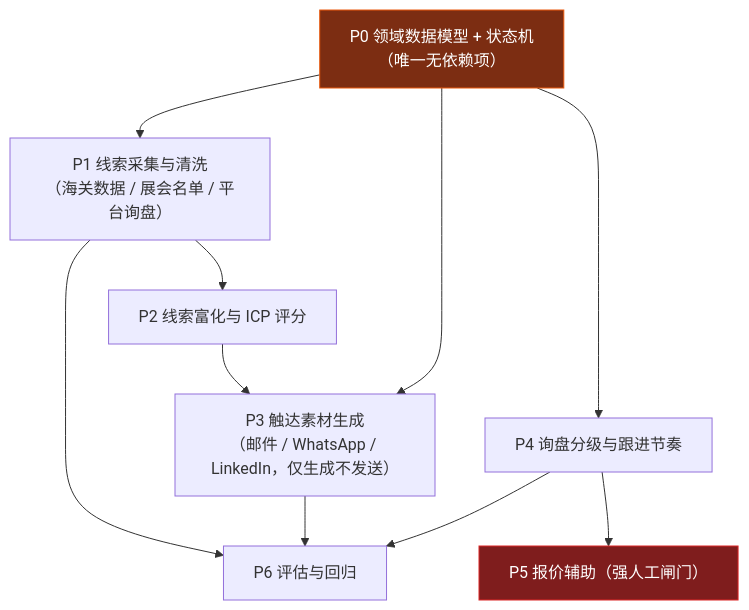
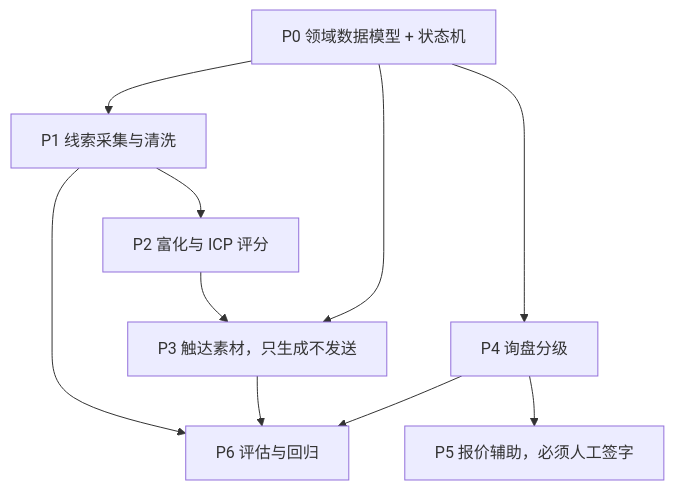
One commit to Michael522020/foreign-trade-agent changed the diagram in README.md. Above: the diagram before and after it, drawn with Mermaid. The commit also changed other lines of this file and 20 other files, not shown here.

````diff
--- a/README.md
+++ b/README.md
@@ -21,23 +32,19 @@
 ```mermaid
 graph TB
-    P0["P0 领域数据模型 + 状态机<br/>（唯一无依赖项）"]
-    P1["P1 线索采集与清洗<br/>（海关数据 / 展会名单 / 平台询盘）"]
-    P2["P2 线索富化与 ICP 评分"]
-    P3["P3 触达素材生成<br/>（邮件 / WhatsApp / LinkedIn，仅生成不发送）"]
-    P4["P4 询盘分级与跟进节奏"]
-    P5["P5 报价辅助（强人工闸门）"]
+    P0["P0 领域数据模型 + 状态机"]
+    P1["P1 线索采集与清洗"]
+    P2["P2 富化与 ICP 评分"]
+    P3["P3 触达素材，只生成不发送"]
+    P4["P4 询盘分级"]
+    P5["P5 报价辅助，必须人工签字"]
     P6["P6 评估与回归"]
-
     P0 --> P1
     P0 --> P4
     P1 --> P2
     P2 --> P3
     P0 --> P3
     P4 --> P5
     P1 --> P6
     P3 --> P6
     P4 --> P6
-
-    style P0 fill:#7c2d12,stroke:#ea580c,color:#fff
-    style P5 fill:#7f1d1d,stroke:#dc2626,color:#fff
 ```
````
